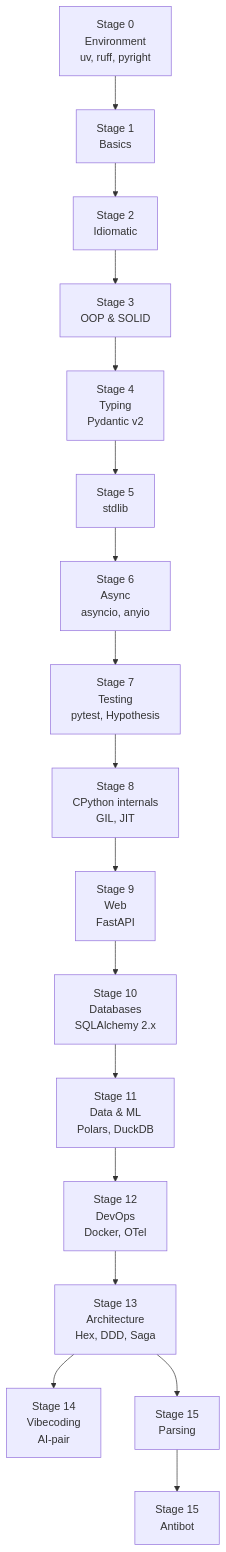
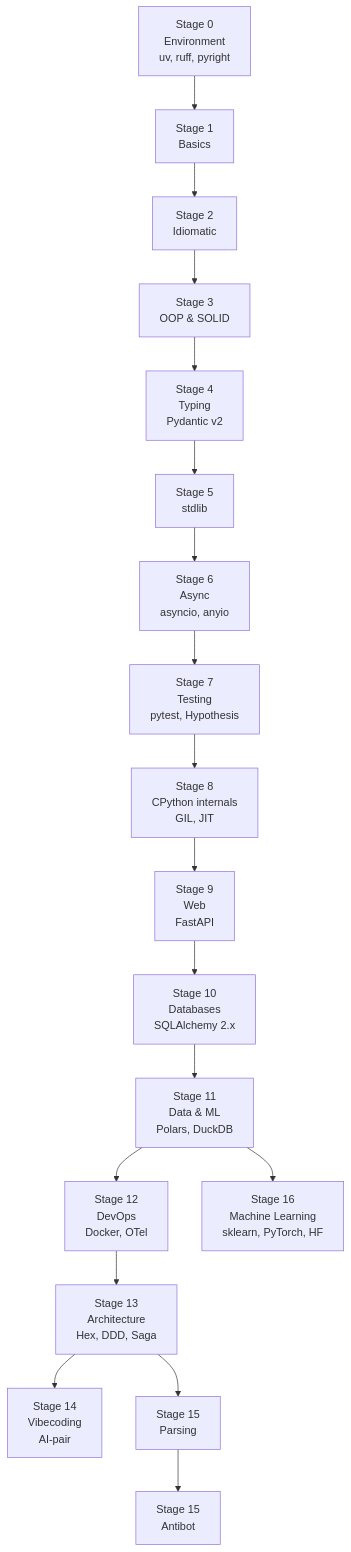
The diagram in course/MAP.md (justxor/pythonroamap2026), drawn with Mermaid before and after one commit. The commit also changed other lines of this file, not shown here.

Commit message:
docs(course): add stage-16-ml node to MAP and Data&ML track

````diff
--- a/course/MAP.md
+++ b/course/MAP.md
@@ -7,37 +7,39 @@
 ```mermaid
 flowchart TD
     S0["Stage 0<br/>Environment<br/>uv, ruff, pyright"] --> S1["Stage 1<br/>Basics"]
     S1 --> S2["Stage 2<br/>Idiomatic"]
     S2 --> S3["Stage 3<br/>OOP & SOLID"]
     S3 --> S4["Stage 4<br/>Typing<br/>Pydantic v2"]
     S4 --> S5["Stage 5<br/>stdlib"]
     S5 --> S6["Stage 6<br/>Async<br/>asyncio, anyio"]
     S6 --> S7["Stage 7<br/>Testing<br/>pytest, Hypothesis"]
     S7 --> S8["Stage 8<br/>CPython internals<br/>GIL, JIT"]
     S8 --> S9["Stage 9<br/>Web<br/>FastAPI"]
     S9 --> S10["Stage 10<br/>Databases<br/>SQLAlchemy 2.x"]
     S10 --> S11["Stage 11<br/>Data & ML<br/>Polars, DuckDB"]
     S11 --> S12["Stage 12<br/>DevOps<br/>Docker, OTel"]
     S12 --> S13["Stage 13<br/>Architecture<br/>Hex, DDD, Saga"]
     S13 --> S14["Stage 14<br/>Vibecoding<br/>AI-pair"]
     S13 --> S15P["Stage 15<br/>Parsing"]
     S15P --> S15A["Stage 15<br/>Antibot"]
+    S11 --> S16["Stage 16<br/>Machine Learning<br/>sklearn, PyTorch, HF"]
 
     click S0 "./stage-00-environment.md"
     click S1 "./stage-01-basics.md"
     click S2 "./stage-02-idiomatic.md"
     click S3 "./stage-03-oop.md"
     click S4 "./stage-04-typing.md"
     click S5 "./stage-05-stdlib.md"
     click S6 "./stage-06-async.md"
     click S7 "./stage-07-testing.md"
     click S8 "./stage-08-cpython.md"
     click S9 "./stage-09-web.md"
     click S10 "./stage-10-databases.md"
     click S11 "./stage-11-data-ml.md"
     click S12 "./stage-12-devops.md"
     click S13 "./stage-13-architecture.md"
     click S14 "./stage-14-vibecoding.md"
     click S15P "./stage-15-parsing.md"
     click S15A "./stage-15-antibot.md"
+    click S16 "./stage-16-ml.md"
 ```
````
